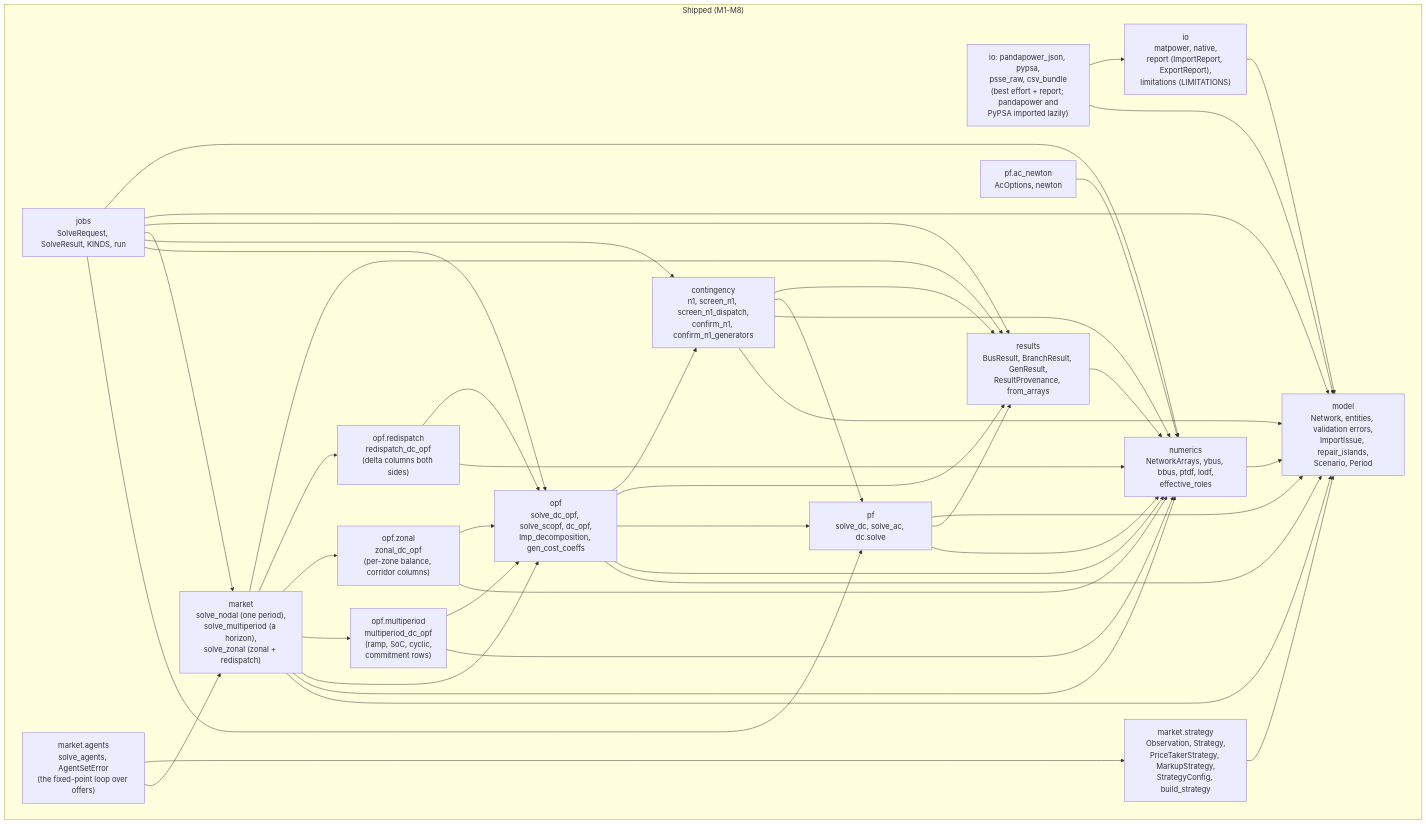
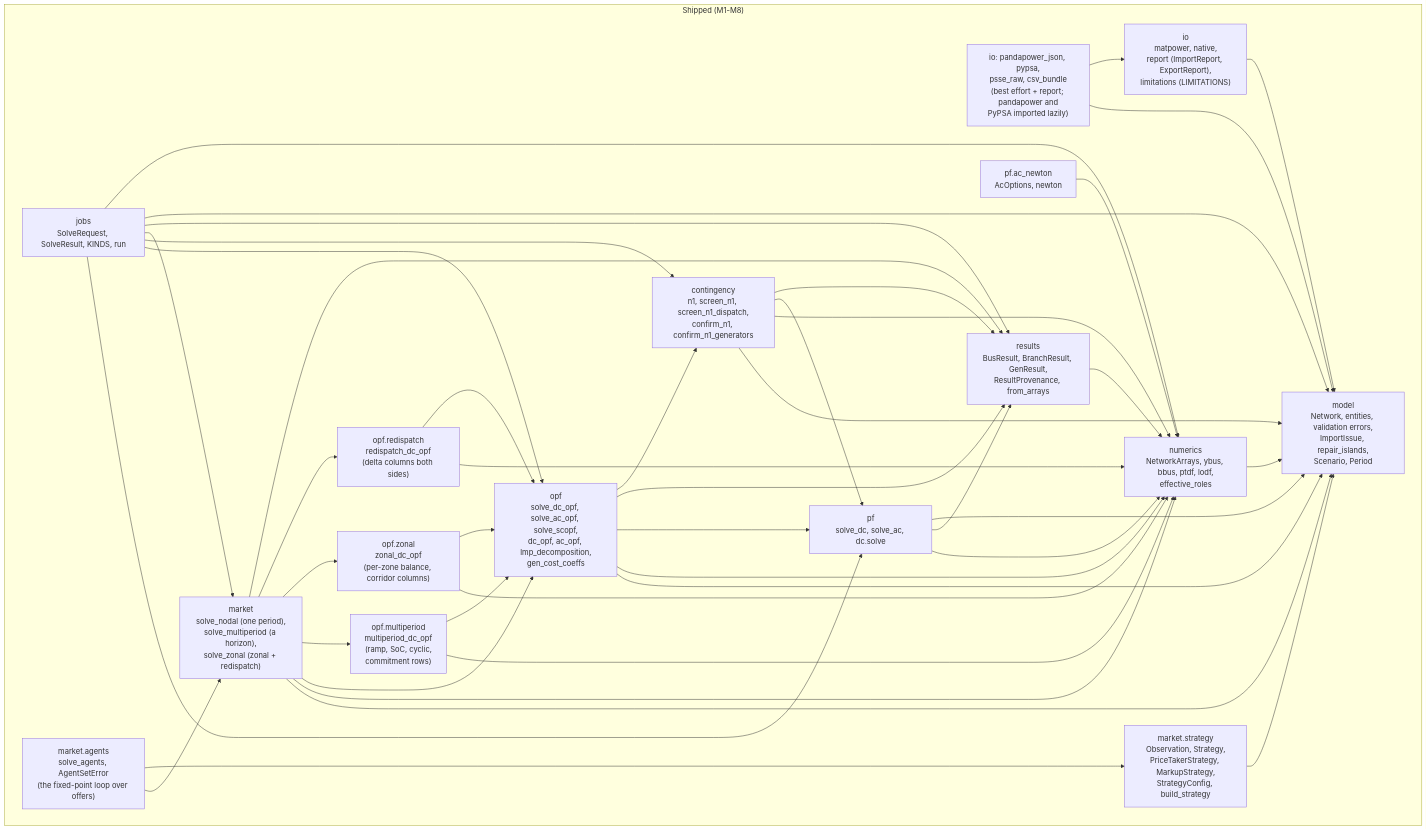
The first of 2 diagrams in docs/design/architecture.md (mambo10005/mambo-power), drawn with Mermaid before and after one commit. The commit also changed other lines of this file and 20 other files, not shown here.

````diff
--- a/docs/design/architecture.md
+++ b/docs/design/architecture.md
@@ -13,63 +13,63 @@
 ```mermaid
 flowchart TB
     subgraph present["Shipped (M1-M8)"]
         model["model<br/>Network, entities, validation errors,<br/>ImportIssue, repair_islands,<br/>Scenario, Period"]
         io["io<br/>matpower, native,<br/>report (ImportReport, ExportReport),<br/>limitations (LIMITATIONS)"]
         formats["io: pandapower_json, pypsa,<br/>psse_raw, csv_bundle<br/>(best effort + report; pandapower and<br/>PyPSA imported lazily)"]
         numerics["numerics<br/>NetworkArrays, ybus, bbus, ptdf, lodf,<br/>effective_roles"]
         pf["pf<br/>solve_dc, solve_ac, dc.solve"]
         ac["pf.ac_newton<br/>AcOptions, newton"]
-        opf["opf<br/>solve_dc_opf, solve_scopf, dc_opf,<br/>lmp_decomposition, gen_cost_coeffs"]
+        opf["opf<br/>solve_dc_opf, solve_ac_opf, solve_scopf,<br/>dc_opf, ac_opf, lmp_decomposition,<br/>gen_cost_coeffs"]
         opfmp["opf.multiperiod<br/>multiperiod_dc_opf<br/>(ramp, SoC, cyclic,<br/>commitment rows)"]
         opfz["opf.zonal<br/>zonal_dc_opf<br/>(per-zone balance, corridor columns)"]
         opfrd["opf.redispatch<br/>redispatch_dc_opf<br/>(delta columns both sides)"]
         contingency["contingency<br/>n1, screen_n1, screen_n1_dispatch,<br/>confirm_n1, confirm_n1_generators"]
         market["market<br/>solve_nodal (one period),<br/>solve_multiperiod (a horizon),<br/>solve_zonal (zonal + redispatch)"]
         marketstrategy["market.strategy<br/>Observation, Strategy,<br/>PriceTakerStrategy, MarkupStrategy,<br/>StrategyConfig, build_strategy"]
         marketagents["market.agents<br/>solve_agents, AgentSetError<br/>(the fixed-point loop over offers)"]
         results["results<br/>BusResult, BranchResult, GenResult,<br/>ResultProvenance, from_arrays"]
         jobs["jobs<br/>SolveRequest, SolveResult, KINDS, run"]
     end
 
     io --> model
     formats --> model
     formats --> io
     numerics --> model
     pf --> numerics
     pf --> results
     pf --> model
     results --> numerics
     ac --> numerics
     opf --> model
     opf --> numerics
     opf --> pf
     opf --> results
     opf --> contingency
     contingency --> model
     contingency --> numerics
     contingency --> pf
     contingency --> results
     market --> model
     market --> numerics
     market --> opf
     market --> opfmp
     market --> opfz
     market --> opfrd
     market --> results
     marketstrategy --> model
     opfmp --> numerics
     opfmp --> opf
     opfz --> numerics
     opfz --> opf
     opfrd --> numerics
     opfrd --> opf
     jobs --> pf
     jobs --> opf
     jobs --> contingency
     jobs --> market
     jobs --> results
     jobs --> model
     jobs --> numerics
     marketagents --> market
     marketagents --> marketstrategy
 ```
````
